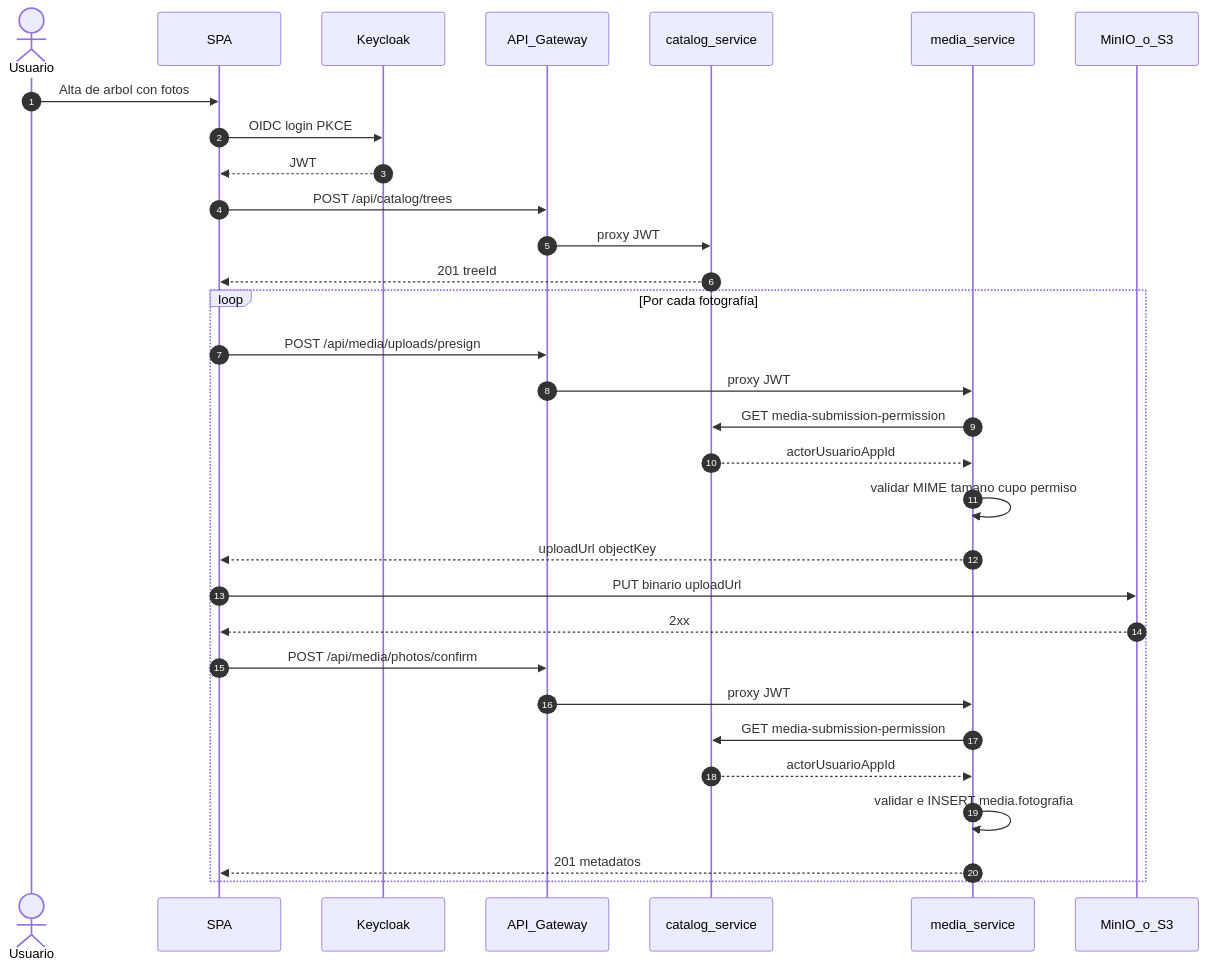
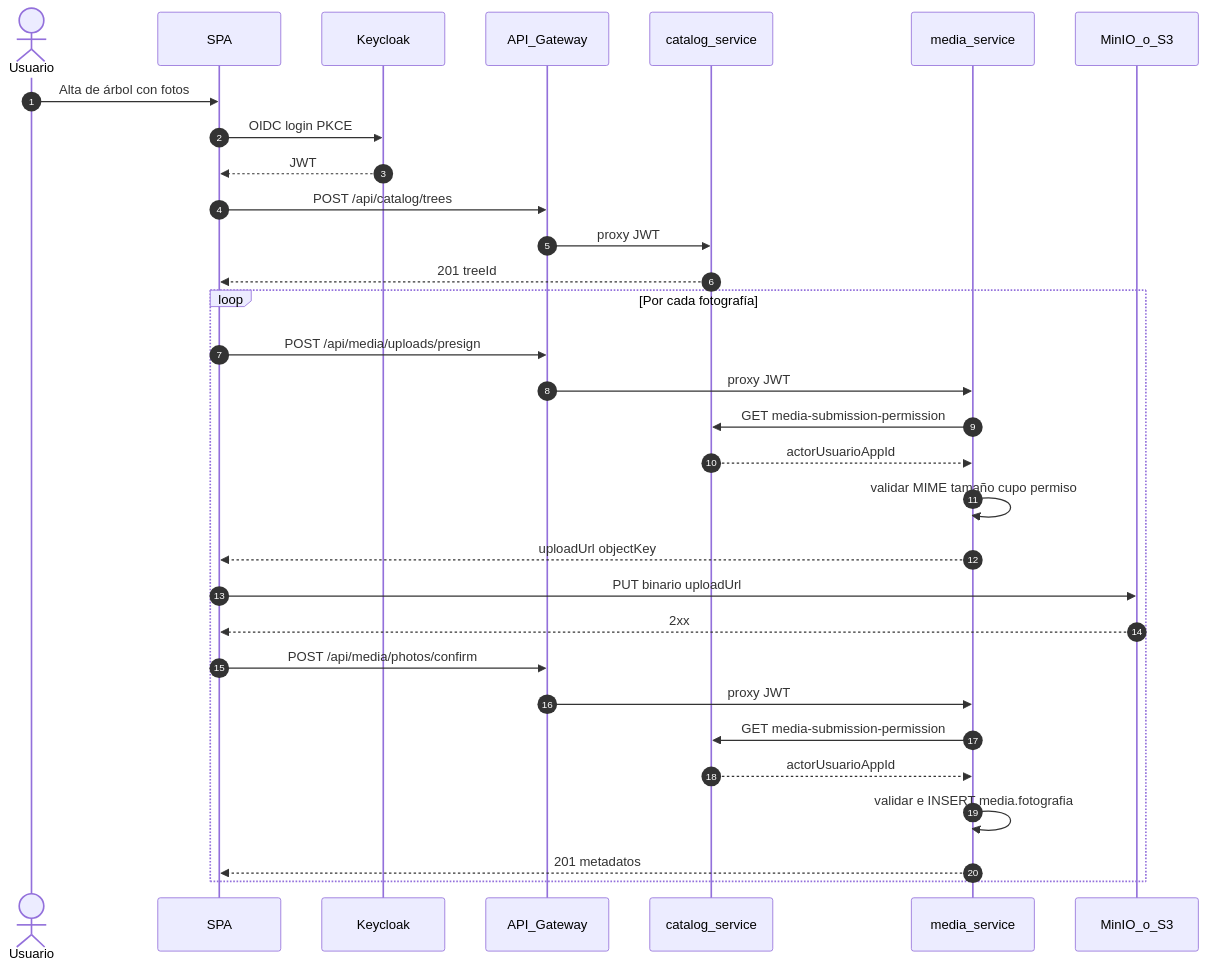
One commit to ldefrutos1/AI4Devs-finalproject changed diagram 11 of 19 in readme.md. Above: the diagram before and after it, drawn with Mermaid. The commit also changed other lines of this file and 14 other files, not shown here.

````diff
--- a/readme.md
+++ b/readme.md
@@ -801,38 +803,38 @@
 ```mermaid
 sequenceDiagram
   autonumber
   actor U as Usuario
   participant SPA as SPA
   participant KC as Keycloak
   participant GW as API_Gateway
   participant CAT as catalog_service
   participant MS as media_service
   participant OBJ as MinIO_o_S3
 
-  U->>SPA: Alta de arbol con fotos
+  U->>SPA: Alta de árbol con fotos
   SPA->>KC: OIDC login PKCE
   KC-->>SPA: JWT
 
   SPA->>GW: POST /api/catalog/trees
   GW->>CAT: proxy JWT
   CAT-->>SPA: 201 treeId
 
   loop Por cada fotografía
     SPA->>GW: POST /api/media/uploads/presign
     GW->>MS: proxy JWT
     MS->>CAT: GET media-submission-permission
     CAT-->>MS: actorUsuarioAppId
-    MS->>MS: validar MIME tamano cupo permiso
+    MS->>MS: validar MIME tamaño cupo permiso
     MS-->>SPA: uploadUrl objectKey
 
     SPA->>OBJ: PUT binario uploadUrl
     OBJ-->>SPA: 2xx
 
     SPA->>GW: POST /api/media/photos/confirm
     GW->>MS: proxy JWT
     MS->>CAT: GET media-submission-permission
     CAT-->>MS: actorUsuarioAppId
     MS->>MS: validar e INSERT media.fotografia
     MS-->>SPA: 201 metadatos
   end
 ```
````
